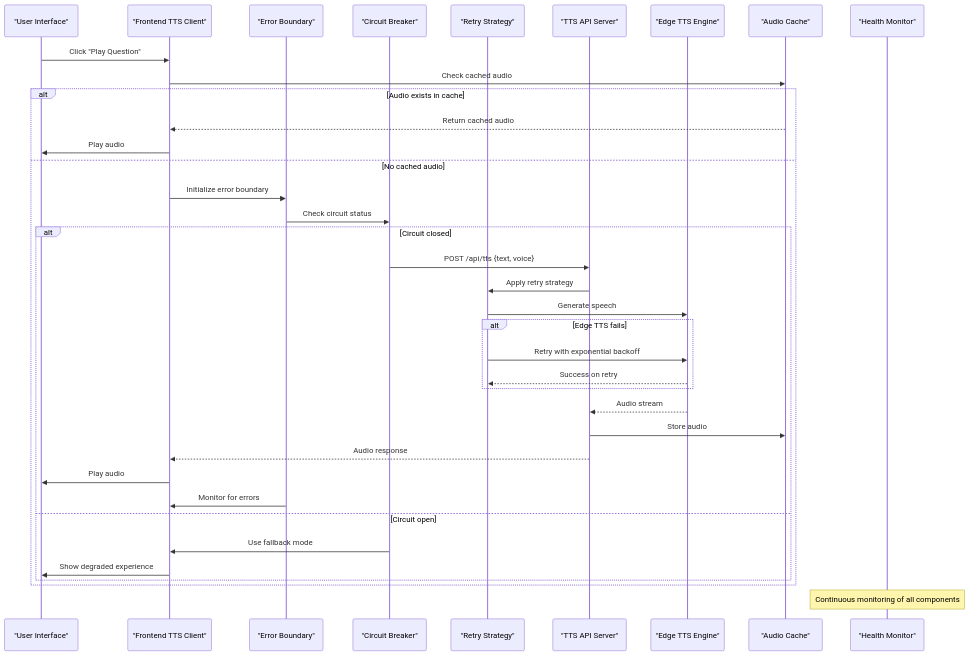
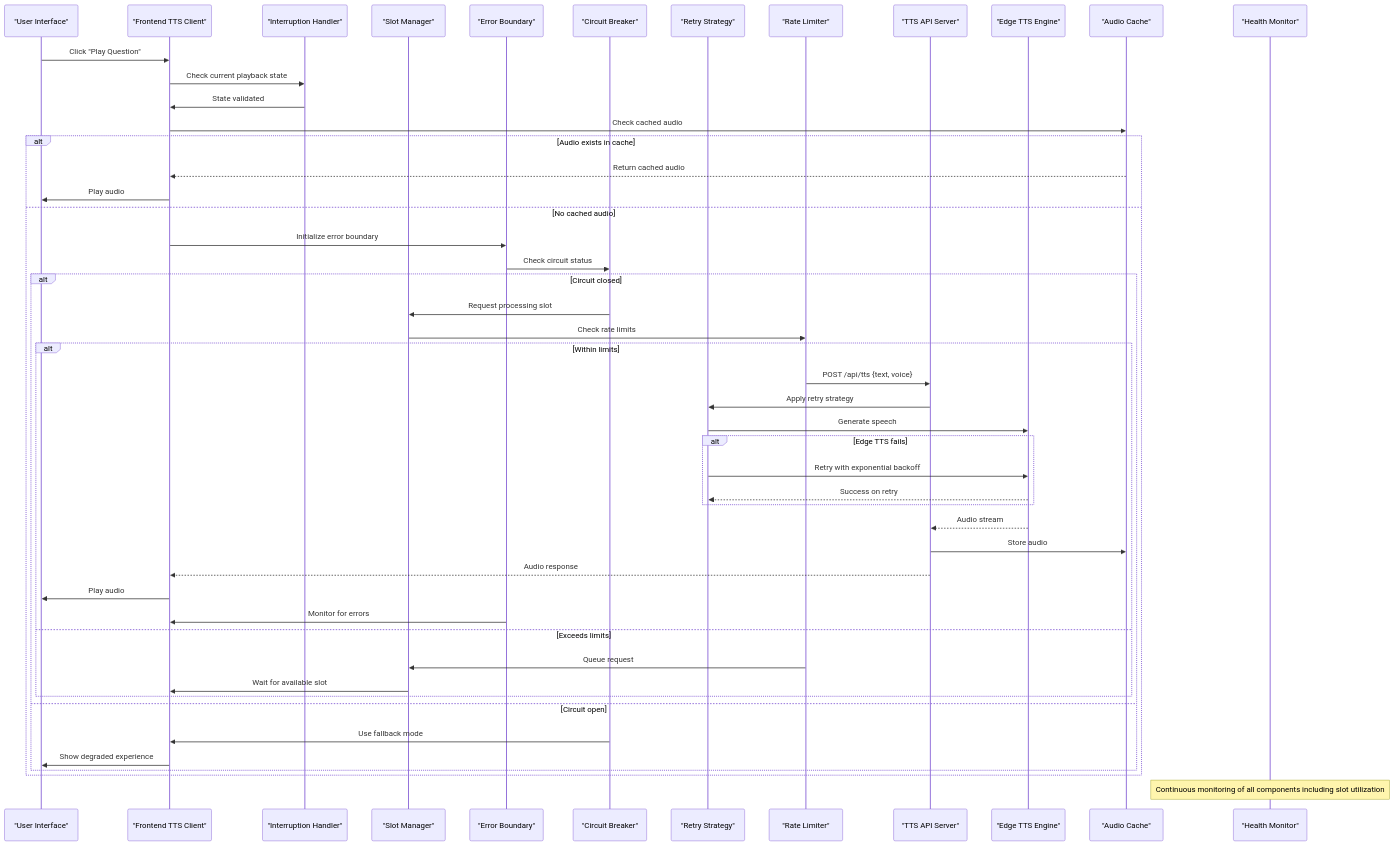
One commit to zmyeo54/briefroom changed the second of 4 diagrams in .qoder/repowiki/en/content/Core Features/Text-to-Speech Integration.md. Above: the diagram before and after it, drawn with Mermaid. The commit also changed other lines of this file and 13 other files, not shown here.

````diff
--- a/.qoder/repowiki/en/content/Core Features/Text-to-Speech Integration.md
+++ b/.qoder/repowiki/en/content/Core Features/Text-to-Speech Integration.md
@@ -122,39 +135,51 @@
 ```mermaid
 sequenceDiagram
 participant User as "User Interface"
 participant Frontend as "Frontend TTS Client"
+participant InterruptionHandler as "Interruption Handler"
+participant SlotManager as "Slot Manager"
 participant ErrorHandler as "Error Boundary"
 participant CircuitBreaker as "Circuit Breaker"
 participant RetryManager as "Retry Strategy"
+participant RateLimiter as "Rate Limiter"
 participant API as "TTS API Server"
 participant EdgeTTS as "Edge TTS Engine"
 participant Cache as "Audio Cache"
 participant HealthMonitor as "Health Monitor"
 User->>Frontend : Click "Play Question"
+Frontend->>InterruptionHandler : Check current playback state
+InterruptionHandler->>Frontend : State validated
 Frontend->>Cache : Check cached audio
 alt Audio exists in cache
 Cache-->>Frontend : Return cached audio
 Frontend->>User : Play audio
 else No cached audio
 Frontend->>ErrorHandler : Initialize error boundary
 ErrorHandler->>CircuitBreaker : Check circuit status
 alt Circuit closed
-CircuitBreaker->>API : POST /api/tts {text, voice}
+CircuitBreaker->>SlotManager : Request processing slot
+SlotManager->>RateLimiter : Check rate limits
+alt Within limits
+RateLimiter->>API : POST /api/tts {text, voice}
 API->>RetryManager : Apply retry strategy
 RetryManager->>EdgeTTS : Generate speech
 alt Edge TTS fails
 RetryManager->>EdgeTTS : Retry with exponential backoff
 EdgeTTS-->>RetryManager : Success on retry
 end
 EdgeTTS-->>API : Audio stream
 API->>Cache : Store audio
 API-->>Frontend : Audio response
 Frontend->>User : Play audio
 ErrorHandler->>Frontend : Monitor for errors
+else Exceeds limits
+RateLimiter->>SlotManager : Queue request
+SlotManager->>Frontend : Wait for available slot
+end
 else Circuit open
 CircuitBreaker->>Frontend : Use fallback mode
 Frontend->>User : Show degraded experience
 end
 end
-Note over HealthMonitor : Continuous monitoring of all components
+Note over HealthMonitor : Continuous monitoring of all components including slot utilization
 ```
````
